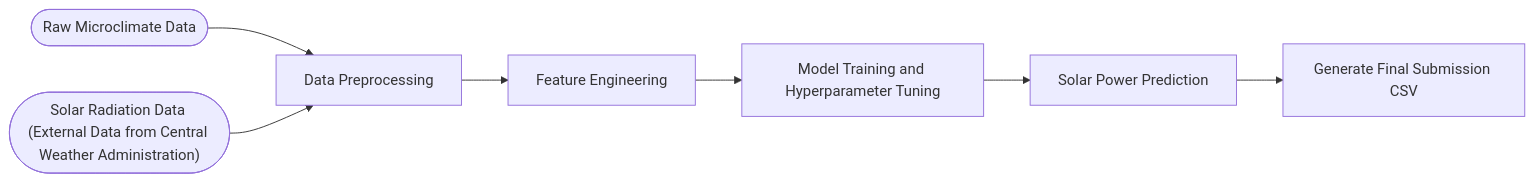
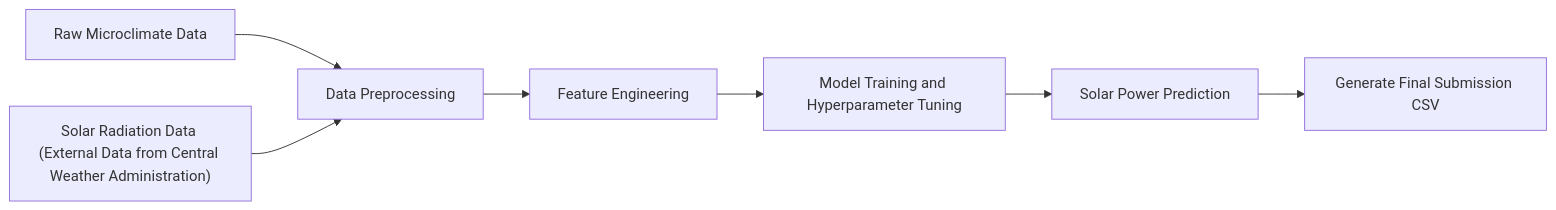
The diagram in README.md (schaof/AI-Cup-2024-Power-Prediction), drawn with Mermaid before and after one commit.

````diff
--- a/README.md
+++ b/README.md
@@ -5,11 +5,11 @@
 ```mermaid
 graph LR
-        A(["Raw Microclimate Data"])
-        B(["Solar Radiation Data (External Data from Central Weather Administration)"])
+        A["Raw Microclimate Data"]
+        B["Solar Radiation Data (External Data from Central Weather Administration)"]
         A --> C["Data Preprocessing"]
         B --> C
         C --> D["Feature Engineering"]
         D --> E["Model Training and Hyperparameter Tuning"]
         E --> F["Solar Power Prediction"]
         F --> G["Generate Final Submission CSV"]
 ```
````
